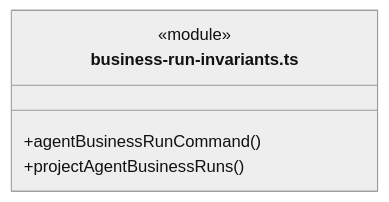
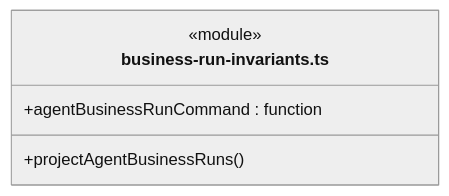
One commit to nan023062/cbim changed the seventh of 33 diagrams in src/logic/execution/rules/ARCHITECTURE.md. Above: the diagram before and after it, drawn with Mermaid (neutral theme). The commit also changed other lines of this file and 137 other files, not shown here.

Commit message:
fix: align architecture generator with documentation standards

````diff
--- a/src/logic/execution/rules/ARCHITECTURE.md
+++ b/src/logic/execution/rules/ARCHITECTURE.md
@@ -589,8 +591,8 @@
 ```mermaid
 classDiagram
 class N_src_logic_execution_rules_business_run_invariants_ts["business-run-invariants.ts"] {
   <<module>>
-  +agentBusinessRunCommand()
   +projectAgentBusinessRuns()
+  +agentBusinessRunCommand : function
 }
 ```
````
